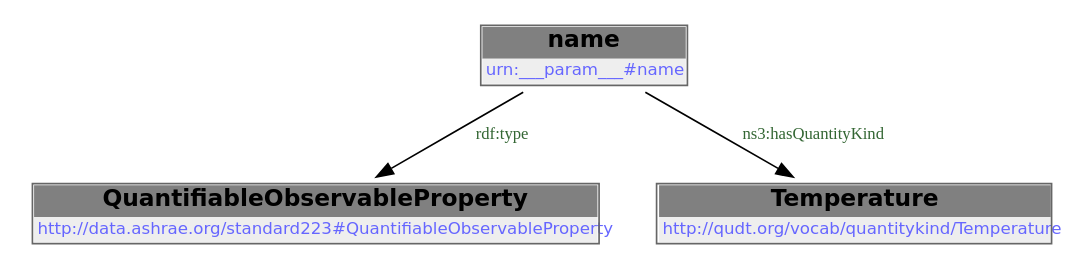
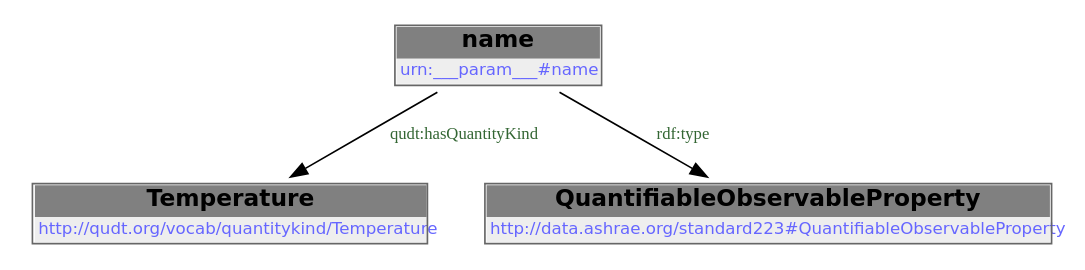
The diagram in docs/libraries/templates/temperature.rst (DataDrivenCPS/water-ontology), drawn with Graphviz before and after one commit. The commit also changed other lines of this file and 83 other files, not shown here.

```diff
--- a/docs/libraries/templates/temperature.rst
+++ b/docs/libraries/templates/temperature.rst
@@ -56,10 +49,13 @@
-        .. graphviz::
+.. graphviz::
 
-                digraph G {
-            node [fontname="DejaVu Sans"];
-            node0 -> node1 [color=BLACK, label=< <font point-size='10' color='#336633'>rdf:type</font> >];
-            node0 -> node2 [color=BLACK, label=< <font point-size='10' color='#336633'>ns3:hasQuantityKind</font> >];
-            node0 [shape=none, color=black, label=< <table color='#666666' cellborder='0' cellspacing='0' border='1'><tr><td colspan='2' bgcolor='grey'><B>name</B></td></tr><tr><td href='urn:___param___#name' bgcolor='#eeeeee' colspan='2'><font point-size='10' color='#6666ff'>urn:___param___#name</font></td></tr></table> >];
-            node1 [shape=none, color=black, label=< <table color='#666666' cellborder='0' cellspacing='0' border='1'><tr><td colspan='2' bgcolor='grey'><B>QuantifiableObservableProperty</B></td></tr><tr><td href='http://data.ashrae.org/standard223#QuantifiableObservableProperty' bgcolor='#eeeeee' colspan='2'><font point-size='10' color='#6666ff'>http://data.ashrae.org/standard223#QuantifiableObservableProperty</font></td></tr></table> >];
-            node2 [shape=none, color=black, label=< <table color='#666666' cellborder='0' cellspacing='0' border='1'><tr><td colspan='2' bgcolor='grey'><B>Temperature</B></td></tr><tr><td href='http://qudt.org/vocab/quantitykind/Temperature' bgcolor='#eeeeee' colspan='2'><font point-size='10' color='#6666ff'>http://qudt.org/vocab/quantitykind/Temperature</font></td></tr></table> >];
-            }
+    digraph {
+     node [ fontname="DejaVu Sans" ] ;
+        node0 -> node1 [ color=BLACK, label=< <font point-size='10' color='#336633'>qudt:hasQuantityKind</font> > ] ;
+        node0 -> node2 [ color=BLACK, label=< <font point-size='10' color='#336633'>rdf:type</font> > ] ;
+    # urn:___param___#name node0
+    node0 [ shape=none, color=black label=< <table color='#666666' cellborder='0' cellspacing='0' border='1'><tr><td colspan='2' bgcolor='grey'><B>name</B></td></tr><tr><td href='urn:___param___#name' bgcolor='#eeeeee' colspan='2'><font point-size='10' color='#6666ff'>urn:___param___#name</font></td></tr></table> > ]
+    # http://qudt.org/vocab/quantitykind/Temperature node1
+    node1 [ shape=none, color=black label=< <table color='#666666' cellborder='0' cellspacing='0' border='1'><tr><td colspan='2' bgcolor='grey'><B>Temperature</B></td></tr><tr><td href='http://qudt.org/vocab/quantitykind/Temperature' bgcolor='#eeeeee' colspan='2'><font point-size='10' color='#6666ff'>http://qudt.org/vocab/quantitykind/Temperature</font></td></tr></table> > ]
+    # http://data.ashrae.org/standard223#QuantifiableObservableProperty node2
+    node2 [ shape=none, color=black label=< <table color='#666666' cellborder='0' cellspacing='0' border='1'><tr><td colspan='2' bgcolor='grey'><B>QuantifiableObservableProperty</B></td></tr><tr><td href='http://data.ashrae.org/standard223#QuantifiableObservableProperty' bgcolor='#eeeeee' colspan='2'><font point-size='10' color='#6666ff'>http://data.ashrae.org/standard223#QuantifiableObservableProperty</font></td></tr></table> > ]
+    }
```
